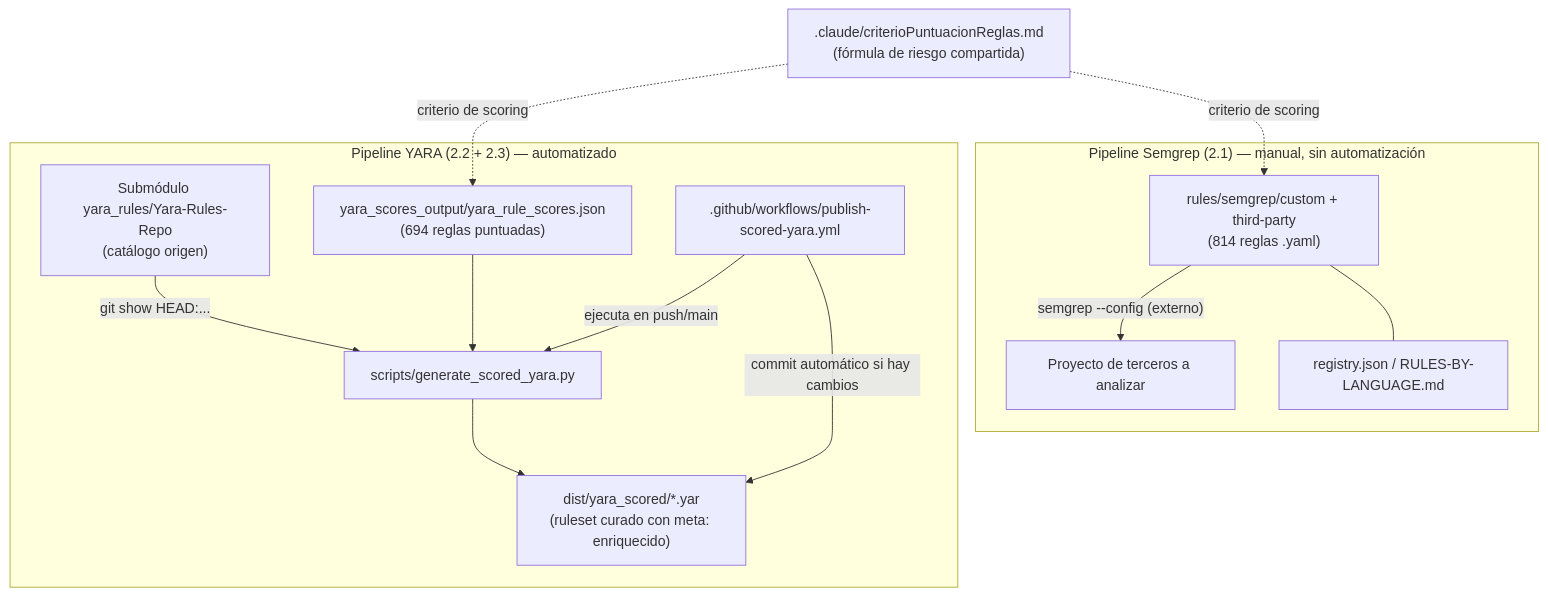
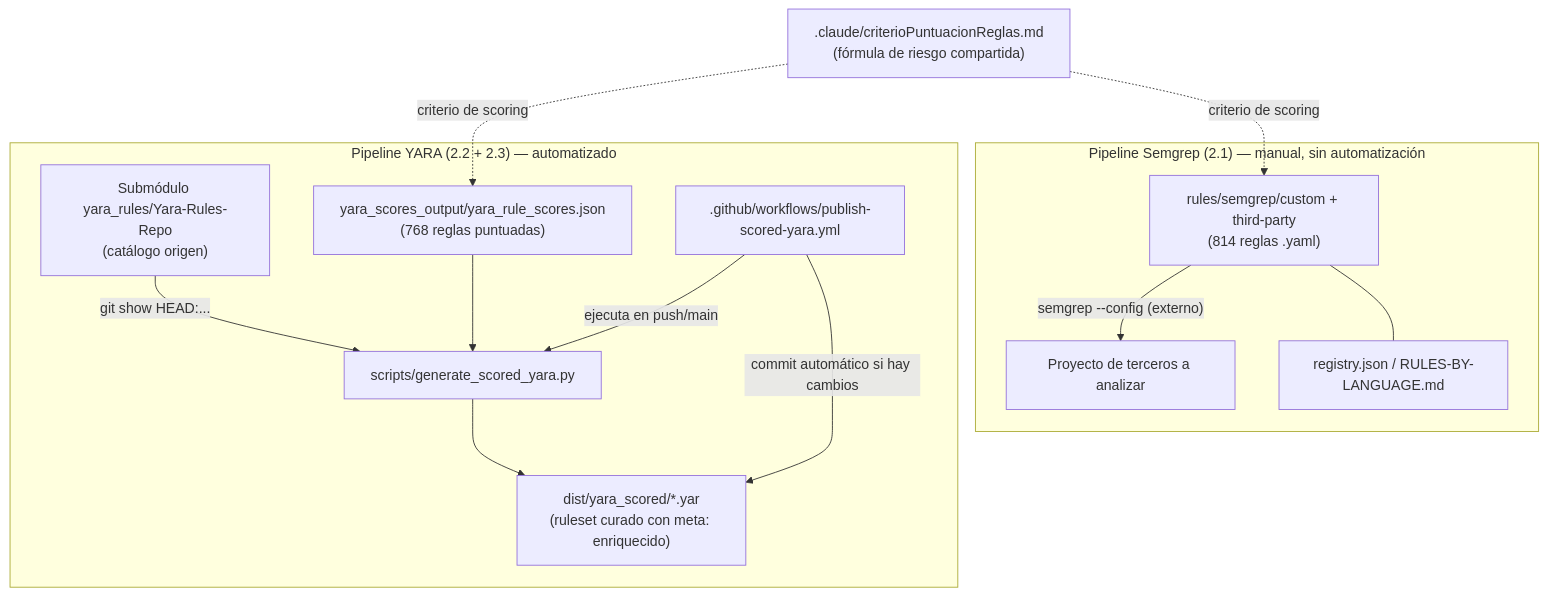
One commit to pablojimz/Repo-reglas-SEMGREP-y-YARA changed the diagram in docs/progreso/progreso_Pablo_Jimenez_Castro.md. Above: the diagram before and after it, drawn with Mermaid. The commit also changed other lines of this file, not shown here.

````diff
--- a/docs/progreso/progreso_Pablo_Jimenez_Castro.md
+++ b/docs/progreso/progreso_Pablo_Jimenez_Castro.md
@@ -302,18 +304,18 @@
 ```mermaid
 graph TD
     subgraph "Pipeline Semgrep (2.1) — manual, sin automatización"
         A["rules/semgrep/custom + third-party<br/>(814 reglas .yaml)"] -->|"semgrep --config (externo)"| B["Proyecto de terceros a analizar"]
         A --- C["registry.json / RULES-BY-LANGUAGE.md"]
     end
 
     subgraph "Pipeline YARA (2.2 + 2.3) — automatizado"
         D["Submódulo yara_rules/Yara-Rules-Repo<br/>(catálogo origen)"] -->|"git show HEAD:..."| E["scripts/generate_scored_yara.py"]
-        F["yara_scores_output/yara_rule_scores.json<br/>(694 reglas puntuadas)"] --> E
+        F["yara_scores_output/yara_rule_scores.json<br/>(768 reglas puntuadas)"] --> E
         E --> G["dist/yara_scored/*.yar<br/>(ruleset curado con meta: enriquecido)"]
         H[".github/workflows/publish-scored-yara.yml"] -->|"ejecuta en push/main"| E
         H -->|"commit automático si hay cambios"| G
     end
 
     I[".claude/criterioPuntuacionReglas.md<br/>(fórmula de riesgo compartida)"] -.->|"criterio de scoring"| A
     I -.->|"criterio de scoring"| F
 ```
````
